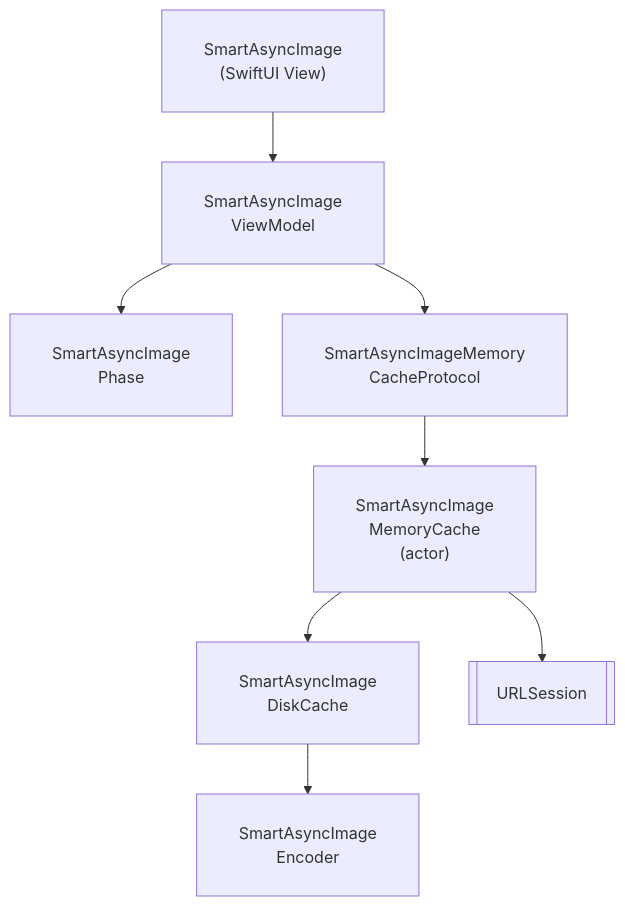
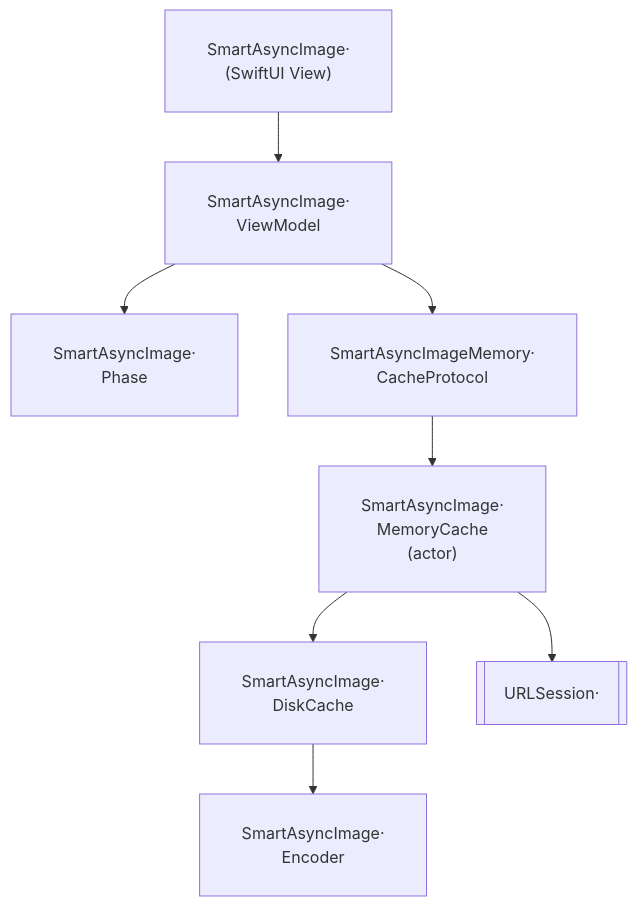
One commit to gentle-giraffe-apps/SmartAsyncImage changed the diagram in README.md. Above: the diagram before and after it, drawn with Mermaid.

Commit message:
yet again

````diff
--- a/README.md
+++ b/README.md
@@ -86,10 +86,10 @@
 ```mermaid
 flowchart TD
-    SAI["<div style='padding:12px 12px; white-space:nowrap;'>SmartAsyncImage<br/>(SwiftUI View)</div>"] --> VM["<div style='padding:12px 12px; white-space:nowrap;'>SmartAsyncImage<br/>ViewModel</div>"]
-    VM --> Phase["<div style='padding:12px 12px; white-space:nowrap;'>SmartAsyncImage <br/>Phase</div>"]
-    VM --> MemProto["<div style='padding:12px 12px; white-space:nowrap;'>SmartAsyncImageMemory <br/>CacheProtocol</div>"]
-    MemProto --> Mem["<div style='padding:12px 12px; white-space:nowrap;'>SmartAsyncImage <br/>MemoryCache<br/>(actor)</div>"]
-    Mem --> Disk["<div style='padding:12px 12px; white-space:nowrap;'>SmartAsyncImage <br/>DiskCache</div>"]
-    Disk --> Encoder["<div style='padding:12px 12px; white-space:nowrap;'>SmartAsyncImage <br/>Encoder</div>"]
-    Mem --> URLSession[["<div style='padding:12px 12px; white-space:nowrap;'>URLSession </div>"]]
+    SAI["<div style='padding:12px 12px; white-space:nowrap;'>SmartAsyncImage·<br/>(SwiftUI View)</div>"] --> VM["<div style='padding:12px 12px; white-space:nowrap;'>SmartAsyncImage·<br/>ViewModel</div>"]
+    VM --> Phase["<div style='padding:12px 12px; white-space:nowrap;'>SmartAsyncImage·<br/>Phase</div>"]
+    VM --> MemProto["<div style='padding:12px 12px; white-space:nowrap;'>SmartAsyncImageMemory·<br/>CacheProtocol</div>"]
+    MemProto --> Mem["<div style='padding:12px 12px; white-space:nowrap;'>SmartAsyncImage·<br/>MemoryCache<br/>(actor)</div>"]
+    Mem --> Disk["<div style='padding:12px 12px; white-space:nowrap;'>SmartAsyncImage·<br/>DiskCache</div>"]
+    Disk --> Encoder["<div style='padding:12px 12px; white-space:nowrap;'>SmartAsyncImage·<br/>Encoder</div>"]
+    Mem --> URLSession[["<div style='padding:12px 12px; white-space:nowrap;'>URLSession·</div>"]]
 ```
````
